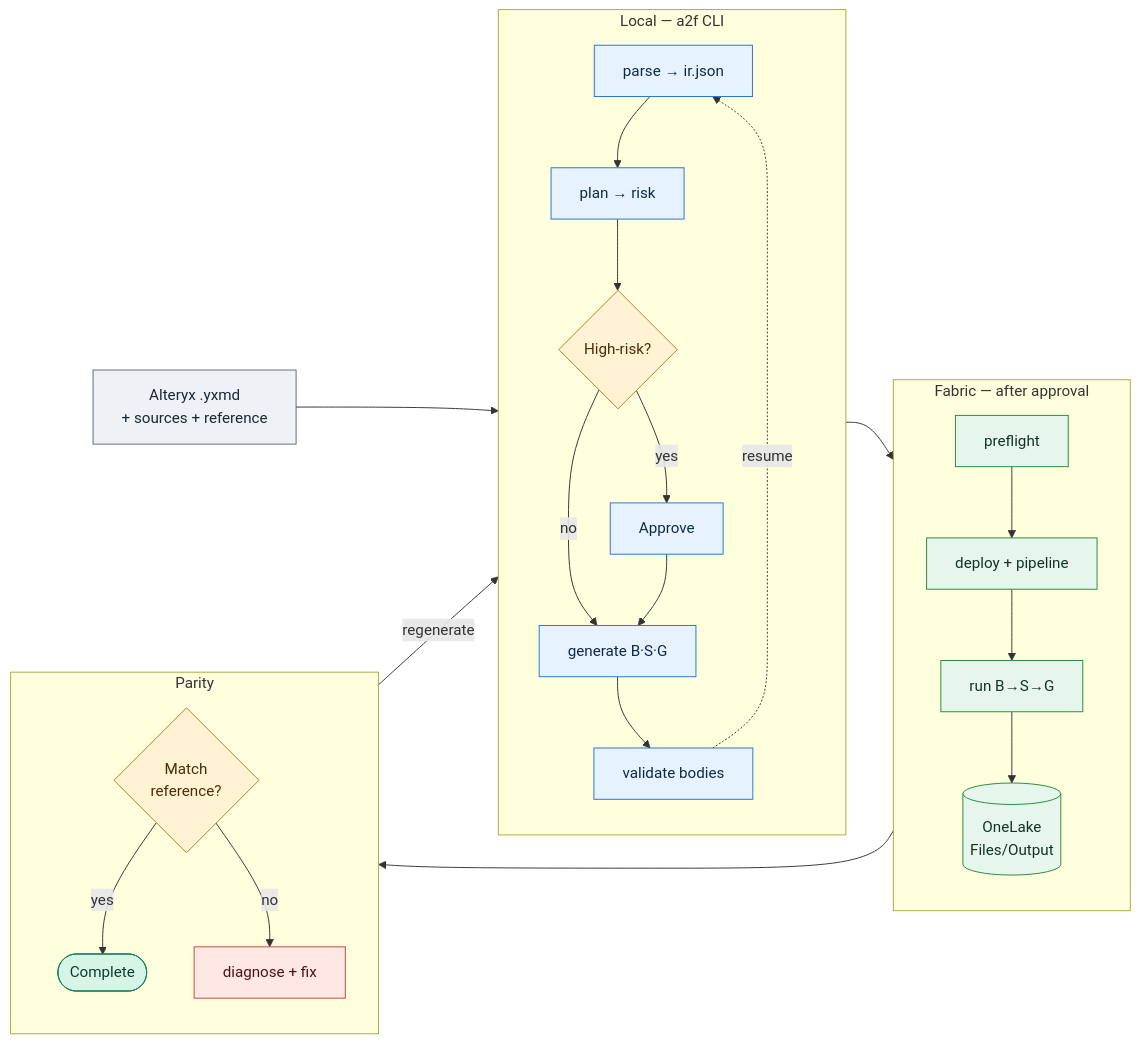
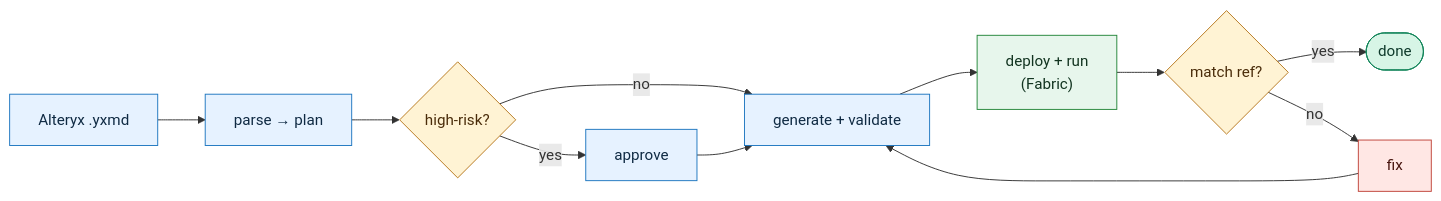
The diagram in README.md (navintkr/alteryx-fabric-migrator), drawn with Mermaid before and after one commit.

Commit message:
README: minimal single-row workflow diagram

````diff
--- a/README.md
+++ b/README.md
@@ -13,56 +13,21 @@
 ```mermaid
 flowchart LR
-    START["Alteryx .yxmd<br/>+ sources + reference"]
+    A["Alteryx .yxmd"] --> P["parse → plan"] --> G{"high-risk?"}
+    G -->|no| GEN["generate + validate"]
+    G -->|yes| AP["approve"] --> GEN
+    GEN --> DEP["deploy + run<br/>(Fabric)"] --> CMP{"match ref?"}
+    CMP -->|yes| DONE(["done"])
+    CMP -->|no| FIX["fix"] --> GEN
 
-    subgraph LOCAL["Local — a2f CLI"]
-        direction TB
-        PARSE["parse → ir.json"]
-        PLAN["plan → risk"]
-        GATE{"High-risk?"}
-        APPROVE["Approve"]
-        GEN["generate B·S·G"]
-        VALID["validate bodies"]
-        PARSE --> PLAN --> GATE
-        GATE -->|no| GEN
-        GATE -->|yes| APPROVE --> GEN
-        GEN --> VALID
-    end
-
-    subgraph FAB["Fabric — after approval"]
-        direction TB
-        PRE["preflight"]
-        DEPLOY["deploy + pipeline"]
-        RUN["run B→S→G"]
-        OUT[("OneLake<br/>Files/Output")]
-        PRE --> DEPLOY --> RUN --> OUT
-    end
-
-    subgraph CHECK["Parity"]
-        direction TB
-        CMP{"Match<br/>reference?"}
-        DONE(["Complete"])
-        FIX["diagnose + fix"]
-        CMP -->|yes| DONE
-        CMP -->|no| FIX
-    end
-
-    START --> PARSE
-    VALID --> PRE
-    OUT --> CMP
-    FIX -->|regenerate| GEN
-    VALID -. resume .-> PARSE
-
-    classDef start fill:#eef2f7,stroke:#5b6b7f,color:#1b2733;
-    classDef local fill:#e6f2ff,stroke:#1f77c0,color:#0f2a43;
+    classDef step fill:#e6f2ff,stroke:#1f77c0,color:#0f2a43;
     classDef fabric fill:#e7f6ec,stroke:#25873a,color:#123420;
     classDef gate fill:#fff3d4,stroke:#b7791f,color:#4a2c0a;
     classDef done fill:#d7f5e6,stroke:#12855a,color:#0e3a2b;
     classDef repair fill:#ffe7e4,stroke:#c0443a,color:#48150f;
 
-    class START start;
-    class PARSE,PLAN,GEN,VALID,APPROVE local;
-    class PRE,DEPLOY,RUN,OUT fabric;
-    class GATE,CMP gate;
+    class A,P,GEN,AP step;
+    class DEP fabric;
+    class G,CMP gate;
     class DONE done;
     class FIX repair;
 ```
````
